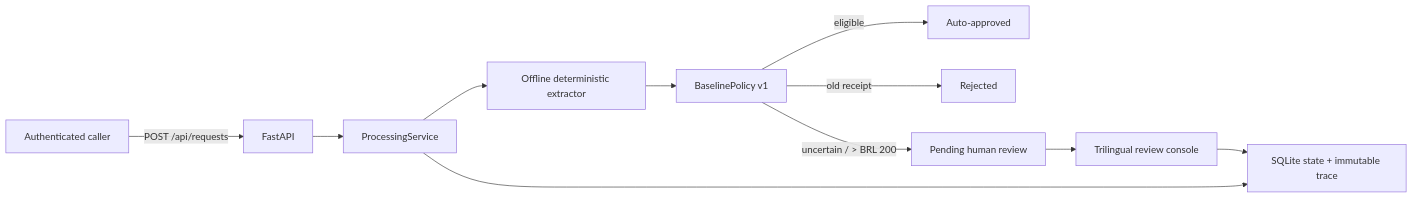
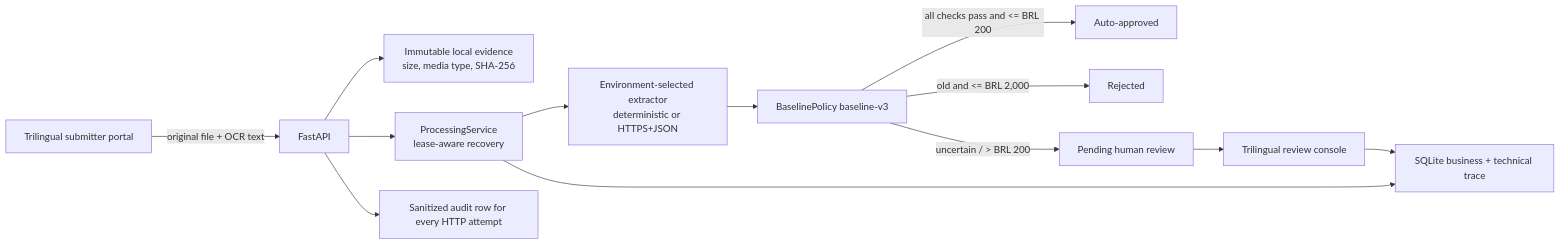
The diagram in README.md (Dev-Luigy/automation_luigygabriel), drawn with Mermaid before and after one commit. The commit also changed other lines of this file and 4 other files, not shown here.

````diff
--- a/README.md
+++ b/README.md
@@ -9,13 +11,15 @@
 ```mermaid
 flowchart LR
-    Client["Authenticated caller"] -->|"POST /api/requests"| API["FastAPI"]
-    API --> Workflow["ProcessingService"]
-    Workflow --> Extractor["Offline deterministic extractor"]
-    Extractor --> Policy["BaselinePolicy v1"]
-    Policy -->|"eligible"| Auto["Auto-approved"]
-    Policy -->|"old receipt"| Rejected["Rejected"]
+    Submitter["Trilingual submitter portal"] -->|"original file + OCR text"| API["FastAPI"]
+    API --> Evidence["Immutable local evidence\nsize, media type, SHA-256"]
+    API --> Workflow["ProcessingService\nlease-aware recovery"]
+    Workflow --> Extractor["Environment-selected extractor\ndeterministic or HTTPS+JSON"]
+    Extractor --> Policy["BaselinePolicy baseline-v3"]
+    Policy -->|"all checks pass and <= BRL 200"| Auto["Auto-approved"]
+    Policy -->|"old and <= BRL 2,000"| Rejected["Rejected"]
     Policy -->|"uncertain / > BRL 200"| Queue["Pending human review"]
-    Queue --> UI["Trilingual review console"]
-    Workflow --> SQLite["SQLite state + immutable trace"]
-    UI --> SQLite
+    Queue --> Reviewer["Trilingual review console"]
+    Workflow --> SQLite["SQLite business + technical trace"]
+    API --> Ops["Sanitized audit row for every HTTP attempt"]
+    Reviewer --> SQLite
 ```
````
